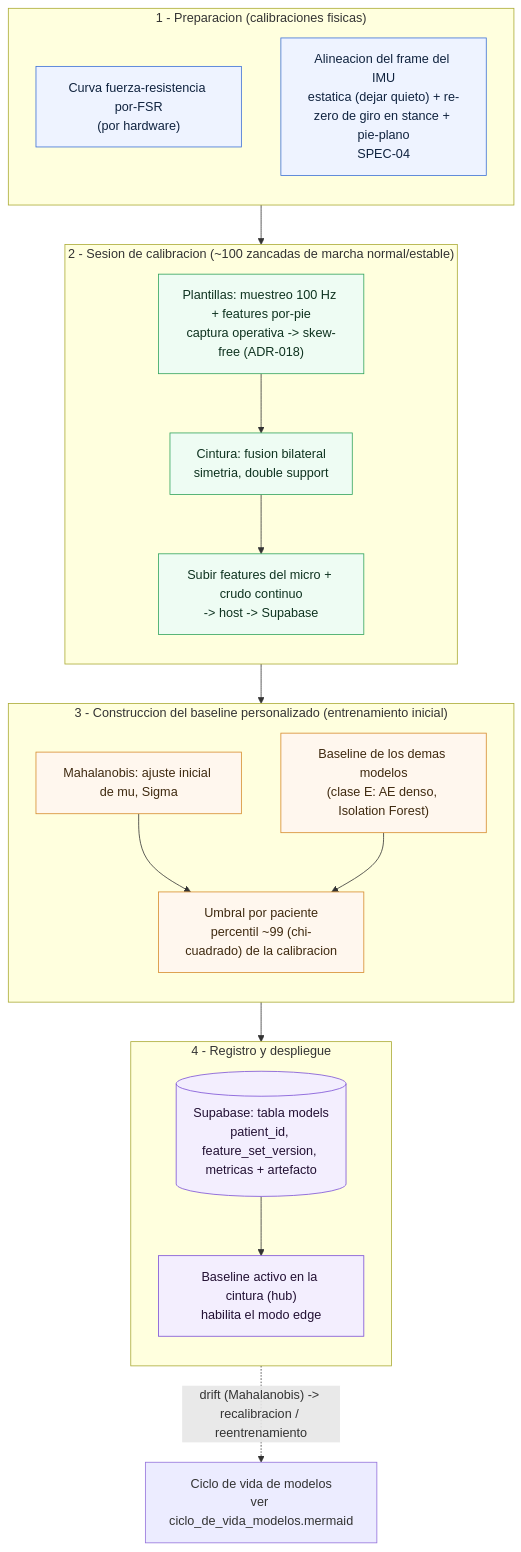
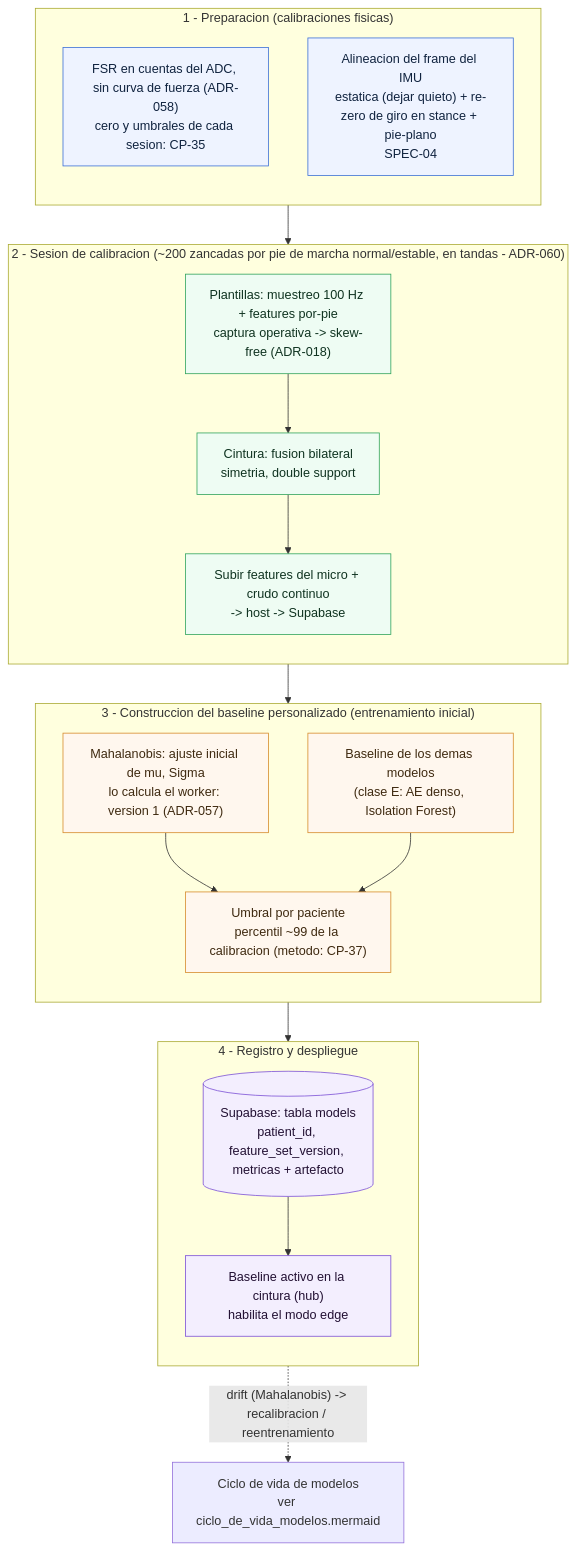
Before and after one commit to juanbag25/Tesis_Gramaglia_Azcueta: the diagram in docs/arquitectura/calibracion_baseline.mermaid, drawn with Mermaid. The commit also changed 25 other files, not shown here.

```diff
--- a/docs/arquitectura/calibracion_baseline.mermaid
+++ b/docs/arquitectura/calibracion_baseline.mermaid
@@ -1,47 +1,47 @@
 %% Calibracion / baseline por paciente: entrenamiento inicial personalizado (= captura operativa)
 %% Construye el modelo de normalidad (Mahalanobis mu/Sigma + baseline de los demas) y el umbral por paciente
 %% Ref: Vista 3 seccion 5 ; ADR-005 rev c (fases de captura) ; ADR-017/SPEC-04 (calibracion IMU) ; ADR-018 (skew-free)
 
 flowchart TB
 
     subgraph PREP["1 - Preparacion (calibraciones fisicas)"]
         direction TB
-        FSR["Curva fuerza-resistencia por-FSR<br/>(por hardware)"]
+        FSR["FSR en cuentas del ADC, sin curva de fuerza (ADR-058)<br/>cero y umbrales de cada sesion: CP-35"]
         IMU["Alineacion del frame del IMU<br/>estatica (dejar quieto) + re-zero de giro en stance + pie-plano<br/>SPEC-04"]
     end
 
-    subgraph SESION["2 - Sesion de calibracion (~100 zancadas de marcha normal/estable)"]
+    subgraph SESION["2 - Sesion de calibracion (~200 zancadas por pie de marcha normal/estable, en tandas - ADR-060)"]
         direction TB
         MUE["Plantillas: muestreo 100 Hz + features por-pie<br/>captura operativa -> skew-free (ADR-018)"]
         FUS["Cintura: fusion bilateral<br/>simetria, double support"]
         SUB["Subir features del micro + crudo continuo<br/>-> host -> Supabase"]
         MUE --> FUS --> SUB
     end
 
     subgraph BASE["3 - Construccion del baseline personalizado (entrenamiento inicial)"]
         direction TB
-        MAHA["Mahalanobis: ajuste inicial de mu, Sigma"]
+        MAHA["Mahalanobis: ajuste inicial de mu, Sigma<br/>lo calcula el worker: version 1 (ADR-057)"]
         OTROS["Baseline de los demas modelos<br/>(clase E: AE denso, Isolation Forest)"]
-        UMBR["Umbral por paciente<br/>percentil ~99 (chi-cuadrado) de la calibracion"]
+        UMBR["Umbral por paciente<br/>percentil ~99 de la calibracion (metodo: CP-37)"]
         MAHA --> UMBR
         OTROS --> UMBR
     end
 
     subgraph REG["4 - Registro y despliegue"]
         direction TB
         DB[("Supabase: tabla models<br/>patient_id, feature_set_version, metricas + artefacto")]
         HUB["Baseline activo en la cintura (hub)<br/>habilita el modo edge"]
         DB --> HUB
     end
 
     PREP --> SESION --> BASE --> REG
     REG -.->|"drift (Mahalanobis) -> recalibracion / reentrenamiento"| RECAL["Ciclo de vida de modelos<br/>ver ciclo_de_vida_modelos.mermaid"]
 
     classDef prep fill:#eef3ff,stroke:#3b6fd6,stroke-width:1px,color:#10233f;
     classDef sesion fill:#eefcf3,stroke:#2fa35b,stroke-width:1px,color:#0f3320;
     classDef base fill:#fff7ee,stroke:#d68b2c,stroke-width:1px,color:#3f2a10;
     classDef reg fill:#f3eefe,stroke:#7a4fd6,stroke-width:1px,color:#221033;
     class FSR,IMU prep;
     class MUE,FUS,SUB sesion;
     class MAHA,OTROS,UMBR base;
     class DB,HUB reg;
```
